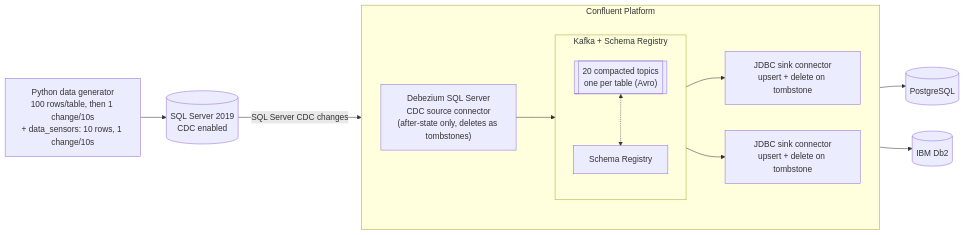
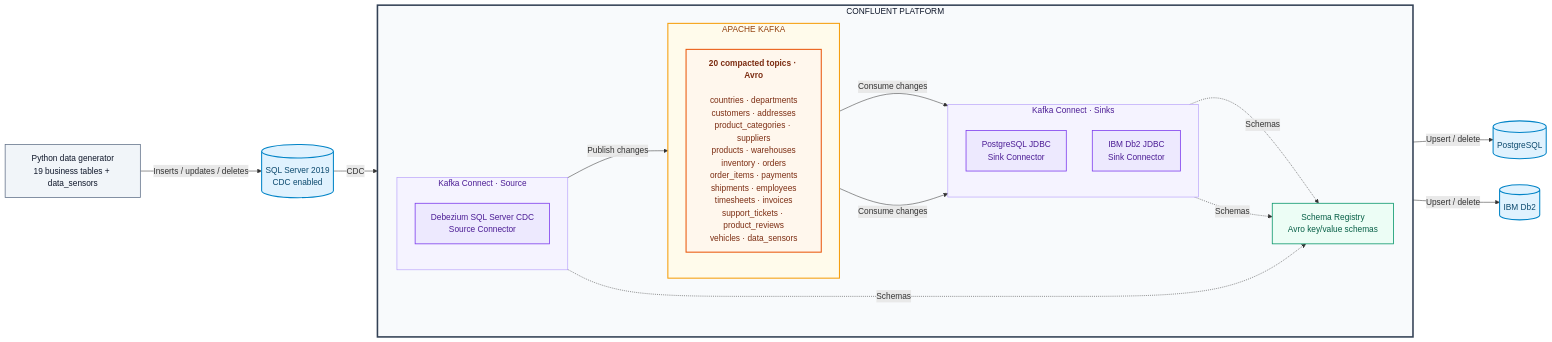
The diagram in README.md (ifnesi/kafka-db-replication), drawn with Mermaid before and after one commit.

Commit message:
Updated demo diagram

````diff
--- a/README.md
+++ b/README.md
@@ -32,24 +32,62 @@
 ```mermaid
 flowchart LR
- GEN["Python data generator<br/>100 rows/table, then 1 change/10s<br/>+ data_sensors: 10 rows, 1 change/10s"] --> MSSQL[("SQL Server 2019<br/>CDC enabled")]
+    %% Data producer and source database
+    GEN["Python data generator<br/>19 business tables + data_sensors"]
+    SQL[("SQL Server 2019<br/>CDC enabled")]
 
- subgraph CP["Confluent Platform"]
- direction LR
- SRC["Debezium SQL Server<br/>CDC source connector<br/>(after-state only, deletes as tombstones)"]
- subgraph KAFKA["Kafka + Schema Registry"]
- direction TB
- TOPICS[["20 compacted topics<br/>one per table (Avro)"]]
- SR["Schema Registry"]
- TOPICS <-.-> SR
- end
- PGSINK["JDBC sink connector<br/>upsert + delete on tombstone"]
- DB2SINK["JDBC sink connector<br/>upsert + delete on tombstone"]
- SRC --> TOPICS
- TOPICS --> PGSINK
- TOPICS --> DB2SINK
- end
+    %% Everything inside this boundary runs on Confluent Platform
+    subgraph CP["CONFLUENT PLATFORM"]
+        direction LR
 
- MSSQL -->|"SQL Server CDC changes"| SRC
- PGSINK --> PG[("PostgreSQL")]
- DB2SINK --> DB2[("IBM Db2")]
+        subgraph CONNECT_SOURCE["Kafka Connect · Source"]
+            direction TB
+            SRC["Debezium SQL Server CDC<br/>Source Connector"]
+        end
+
+        subgraph KAFKA["APACHE KAFKA"]
+            direction TB
+            TOPICS["<b>20 compacted topics · Avro</b><br/><br/>countries · departments<br/>customers · addresses<br/>product_categories · suppliers<br/>products · warehouses<br/>inventory · orders<br/>order_items · payments<br/>shipments · employees<br/>timesheets · invoices<br/>support_tickets · product_reviews<br/>vehicles · data_sensors"]
+        end
+
+        subgraph CONNECT_SINKS["Kafka Connect · Sinks"]
+            direction TB
+            PGSINK["PostgreSQL JDBC<br/>Sink Connector"]
+            DB2SINK["IBM Db2 JDBC<br/>Sink Connector"]
+        end
+
+        SR["Schema Registry<br/>Avro key/value schemas"]
+
+        SRC -->|Publish changes| TOPICS
+        TOPICS -->|Consume changes| PGSINK
+        TOPICS -->|Consume changes| DB2SINK
+        SRC -.->|Schemas| SR
+        PGSINK -.->|Schemas| SR
+        DB2SINK -.->|Schemas| SR
+    end
+
+    PG[("PostgreSQL")]
+    DB2[("IBM Db2")]
+
+    GEN -->|Inserts / updates / deletes| SQL
+    SQL -->|CDC| SRC
+    PGSINK -->|Upsert / delete| PG
+    DB2SINK -->|Upsert / delete| DB2
+
+    %% Visual hierarchy
+    classDef producer fill:#F1F5F9,stroke:#64748B,color:#0F172A,stroke-width:1.5px;
+    classDef database fill:#E0F2FE,stroke:#0284C7,color:#0C4A6E,stroke-width:2px;
+    classDef connector fill:#EDE9FE,stroke:#7C3AED,color:#4C1D95,stroke-width:1.5px;
+    classDef kafka fill:#FFF7ED,stroke:#EA580C,color:#7C2D12,stroke-width:2px;
+    classDef registry fill:#ECFDF5,stroke:#059669,color:#065F46,stroke-width:1.5px;
+
+    class GEN producer;
+    class SQL,PG,DB2 database;
+    class SRC,PGSINK,DB2SINK connector;
+    class TOPICS kafka;
+    class SR registry;
+
+    style CP fill:#F8FAFC,stroke:#334155,stroke-width:3px,color:#0F172A
+    style CONNECT_SOURCE fill:#F5F3FF,stroke:#A78BFA,stroke-width:1px,color:#4C1D95
+    style CONNECT_SINKS fill:#F5F3FF,stroke:#A78BFA,stroke-width:1px,color:#4C1D95
+    style KAFKA fill:#FFFBEB,stroke:#F59E0B,stroke-width:2px,color:#92400E
 ```
````
